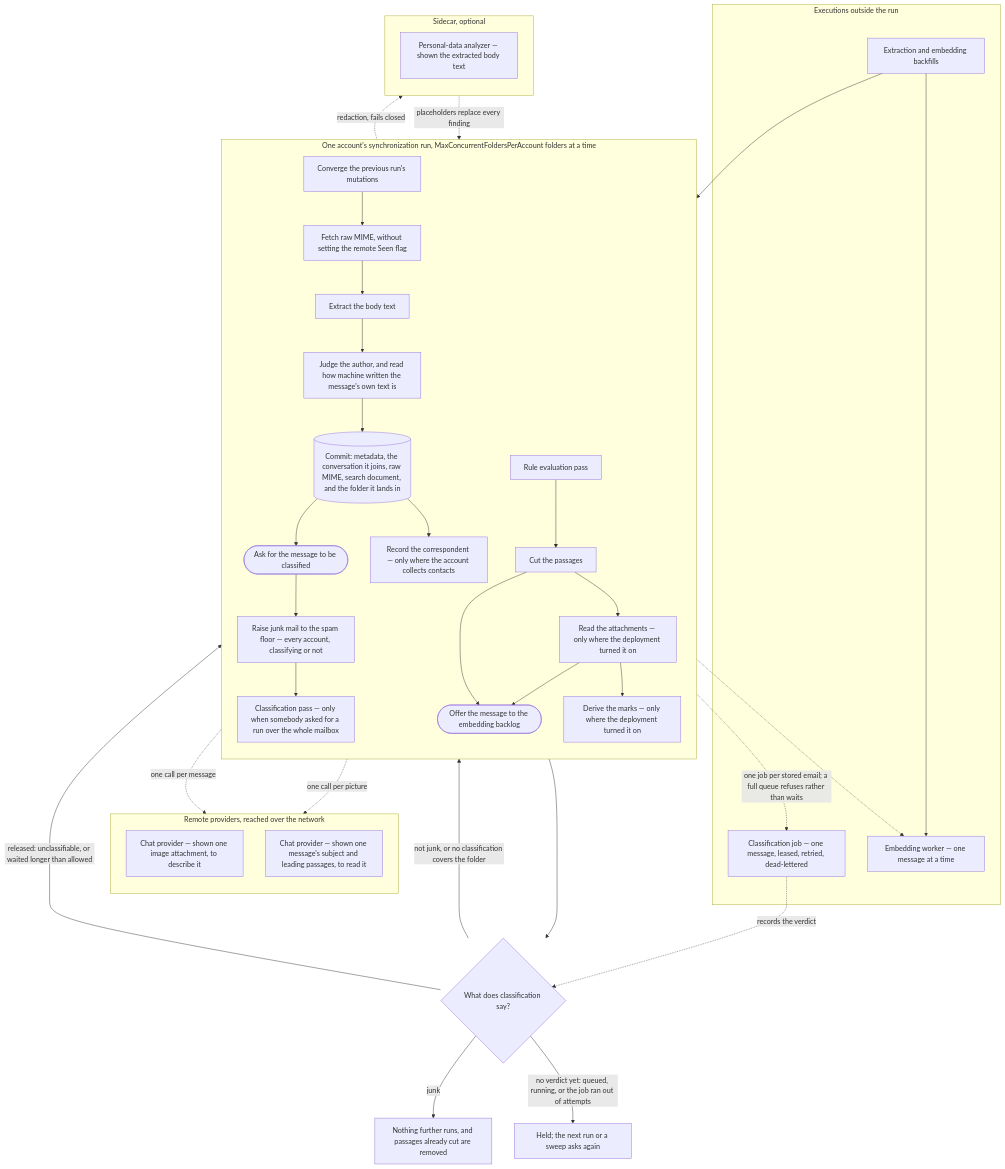
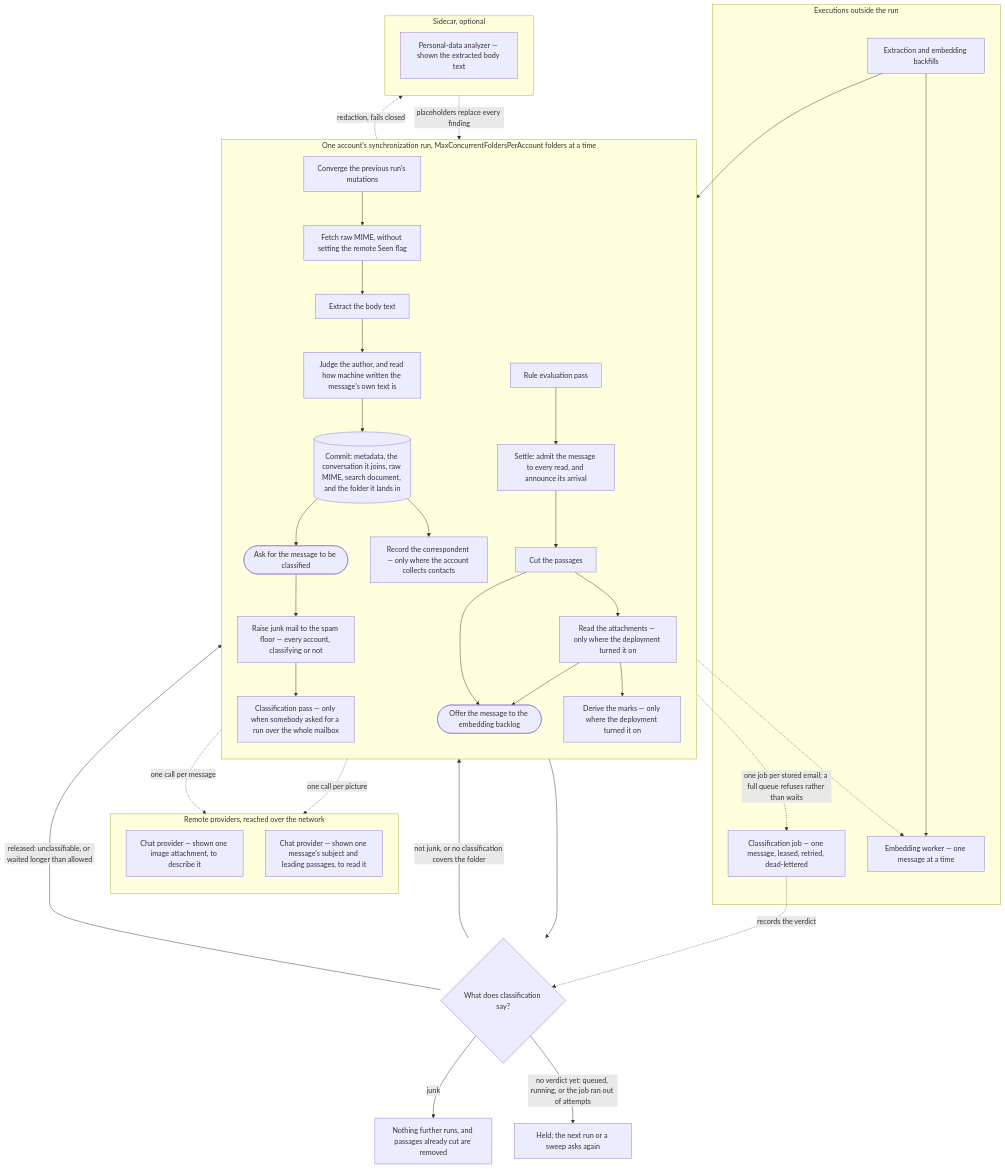
Before and after one commit to fathomise/MailFathom: the diagram in docs/architecture/arrival-pipeline.md, drawn with Mermaid. The commit also changed other lines of this file and 58 other files, not shown here.

Commit message:
Keep an arriving message out of every read until its spam verdict and its moving rules have settled

````diff
--- a/docs/architecture/arrival-pipeline.md
+++ b/docs/architecture/arrival-pipeline.md
@@ -16,62 +16,63 @@
 ```mermaid
 flowchart TD
     subgraph run["One account's synchronization run, MaxConcurrentFoldersPerAccount folders at a time"]
         direction TB
         converge["Converge the previous run's mutations"]
         fetch["Fetch raw MIME, without setting the remote Seen flag"]
         extract["Extract the body text"]
         judge["Judge the author, and read how machine written the message's own text is"]
         commit[("Commit: metadata, the conversation it joins, raw MIME, search document, and the folder it lands in")]
         ask(["Ask for the message to be classified"])
         collect["Record the correspondent — only where the account collects contacts"]
         floor["Raise junk mail to the spam floor — every account, classifying or not"]
         classify["Classification pass — only when somebody asked for a run over the whole mailbox"]
         rules["Rule evaluation pass"]
+        settle["Settle: admit the message to every read, and announce its arrival"]
         cut["Cut the passages"]
         read["Read the attachments — only where the deployment turned it on"]
         offer(["Offer the message to the embedding backlog"])
         enrich["Derive the marks — only where the deployment turned it on"]
     end
 
     subgraph sidecars["Sidecar, optional"]
         direction TB
         presidio["Personal-data analyzer — shown the extracted body text"]
     end
 
     subgraph remote["Remote providers, reached over the network"]
         direction TB
         vision["Chat provider — shown one image attachment, to describe it"]
         enricher["Chat provider — shown one message's subject and leading passages, to read it"]
     end
 
     subgraph elsewhere["Executions outside the run"]
         job["Classification job — one message, leased, retried, dead-lettered"]
         worker["Embedding worker — one message at a time"]
         sweeps["Extraction and embedding backfills"]
     end
 
     converge --> fetch --> extract --> judge
     judge -. "redaction, fails closed" .-> presidio
     presidio -. "placeholders replace every finding" .-> judge
     judge --> commit
     commit --> ask
     commit --> collect
     ask -. "one job per stored email; a full queue refuses rather than waits" .-> job
     ask --> floor --> classify
     job -. "records the verdict" .-> gate
     classify --> gate{"What does classification say?"}
     gate -- "junk" --> withheld["Nothing further runs, and passages already cut are removed"]
     gate -- "not junk, or no classification covers the folder" --> rules
     gate -- "no verdict yet: queued, running, or the job ran out of attempts" --> held["Held; the next run or a sweep asks again"]
     gate -- "released: unclassifiable, or waited longer than allowed" --> rules
-    rules --> cut
+    rules --> settle --> cut
     cut --> offer
     cut --> read
     read --> offer
     read -. "one call per picture" .-> vision
     read --> enrich
     enrich -. "one call per message" .-> enricher
     offer -.-> worker
     sweeps --> cut
     sweeps --> worker
 ```
````
